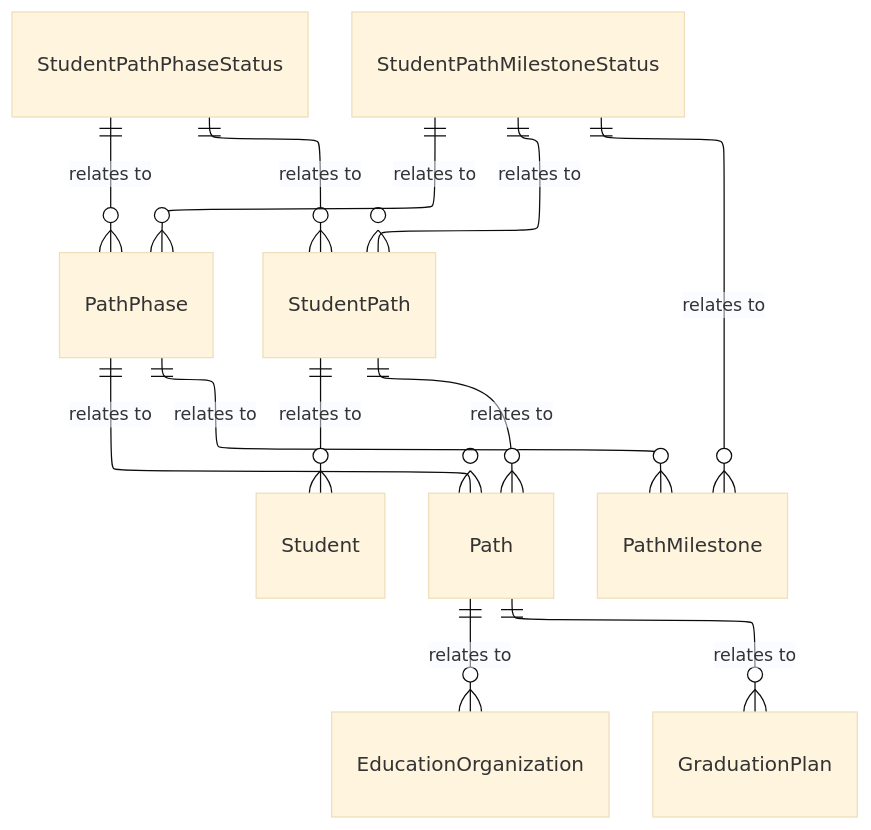
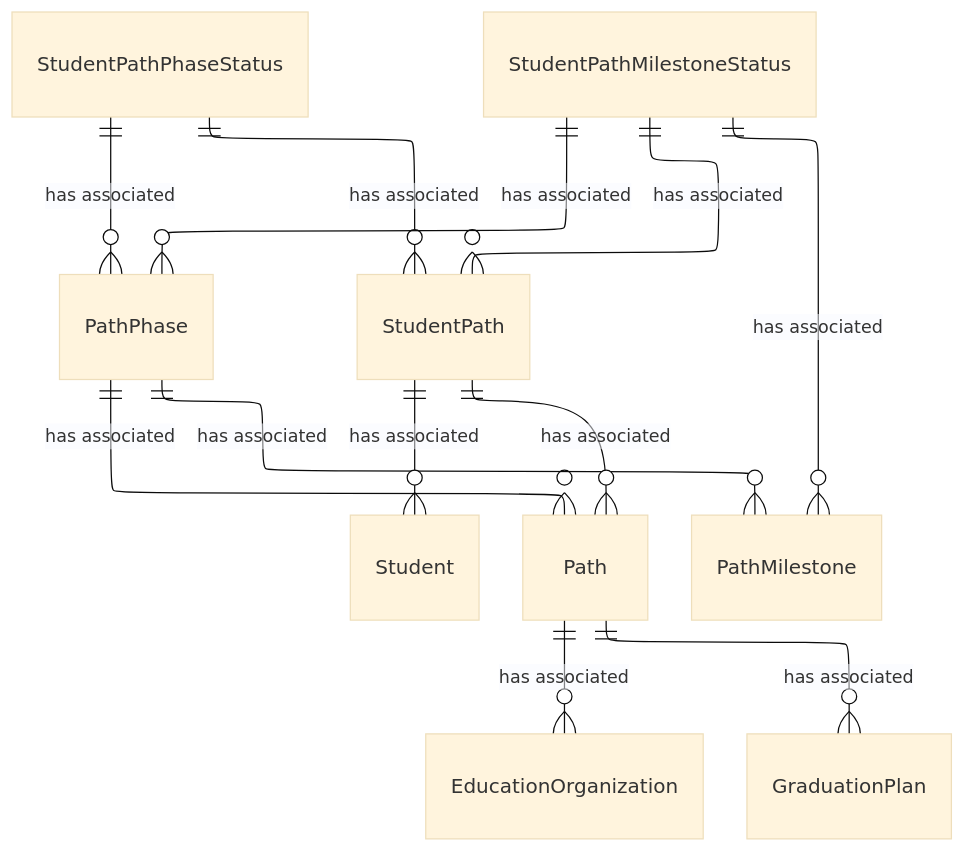
Before and after one commit to Ed-Fi-Alliance-OSS/ed-fi-alliance-oss.github.io: the diagram in dataStandard_versioned_docs/version-6/model-reference/path-domain/model-diagrams.md, drawn with Mermaid (base theme). The commit also changed 24 other files, not shown here.

````diff
--- a/dataStandard_versioned_docs/version-6/model-reference/path-domain/model-diagrams.md
+++ b/dataStandard_versioned_docs/version-6/model-reference/path-domain/model-diagrams.md
@@ -10,36 +10,36 @@
 ```mermaid
 ---
 config:
   layout: elk
 ---
 erDiagram
     Student {
     }
     EducationOrganization {
     }
     GraduationPlan {
     }
     Path {
     }
     PathPhase {
     }
     PathMilestone {
     }
     StudentPath {
     }
     StudentPathPhaseStatus {
     }
     StudentPathMilestoneStatus {
     }
-    Path ||--o{ EducationOrganization : "relates to"
-    Path ||--o{ GraduationPlan : "relates to"
-    PathPhase ||--o{ Path : "relates to"
-    PathPhase ||--o{ PathMilestone : "relates to"
-    StudentPath ||--o{ Student : "relates to"
-    StudentPath ||--o{ Path : "relates to"
-    StudentPathPhaseStatus ||--o{ StudentPath : "relates to"
-    StudentPathPhaseStatus ||--o{ PathPhase : "relates to"
-    StudentPathMilestoneStatus ||--o{ StudentPath : "relates to"
-    StudentPathMilestoneStatus ||--o{ PathPhase : "relates to"
-    StudentPathMilestoneStatus ||--o{ PathMilestone : "relates to"
+    Path ||--o{ EducationOrganization : "has associated"
+    Path ||--o{ GraduationPlan : "has associated"
+    PathPhase ||--o{ Path : "has associated"
+    PathPhase ||--o{ PathMilestone : "has associated"
+    StudentPath ||--o{ Student : "has associated"
+    StudentPath ||--o{ Path : "has associated"
+    StudentPathPhaseStatus ||--o{ StudentPath : "has associated"
+    StudentPathPhaseStatus ||--o{ PathPhase : "has associated"
+    StudentPathMilestoneStatus ||--o{ StudentPath : "has associated"
+    StudentPathMilestoneStatus ||--o{ PathPhase : "has associated"
+    StudentPathMilestoneStatus ||--o{ PathMilestone : "has associated"
 ```
````
